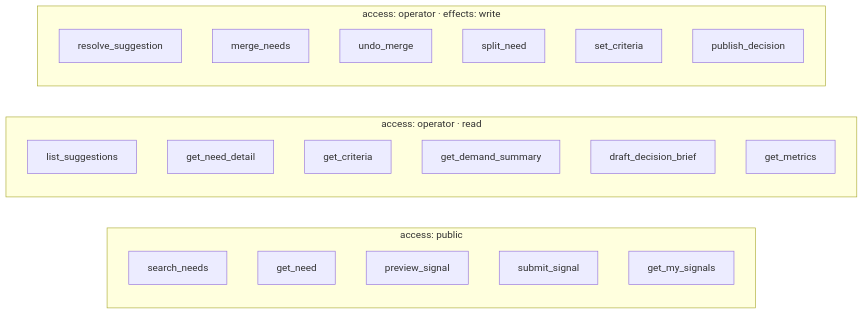
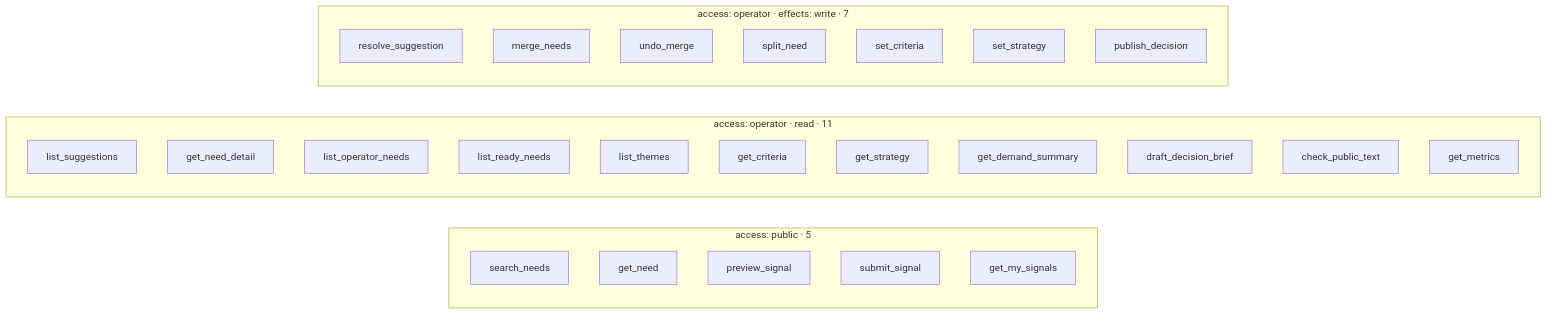
Before and after one commit to gaboesquivel/flow-signal: the second of 5 diagrams in docs/harness/runtime.md, drawn with Mermaid. The commit also changed other lines of this file and 7 other files, not shown here.

First line of the commit message:
docs(harness): refresh diagrams for specs 006, 007, and 010 (#12)

````diff
--- a/docs/harness/runtime.md
+++ b/docs/harness/runtime.md
@@ -33,26 +35,32 @@
 ```mermaid
 flowchart LR
-  subgraph Public[access: public]
+  subgraph Public[access: public · 5]
     search_needs
     get_need
     preview_signal
     submit_signal
     get_my_signals
   end
-  subgraph Read[access: operator · read]
+  subgraph Read[access: operator · read · 11]
     list_suggestions
     get_need_detail
+    list_operator_needs
+    list_ready_needs
+    list_themes
     get_criteria
+    get_strategy
     get_demand_summary
     draft_decision_brief
+    check_public_text
     get_metrics
   end
-  subgraph Write[access: operator · effects: write]
+  subgraph Write[access: operator · effects: write · 7]
     resolve_suggestion
     merge_needs
     undo_merge
     split_need
     set_criteria
+    set_strategy
     publish_decision
   end
 ```
````
